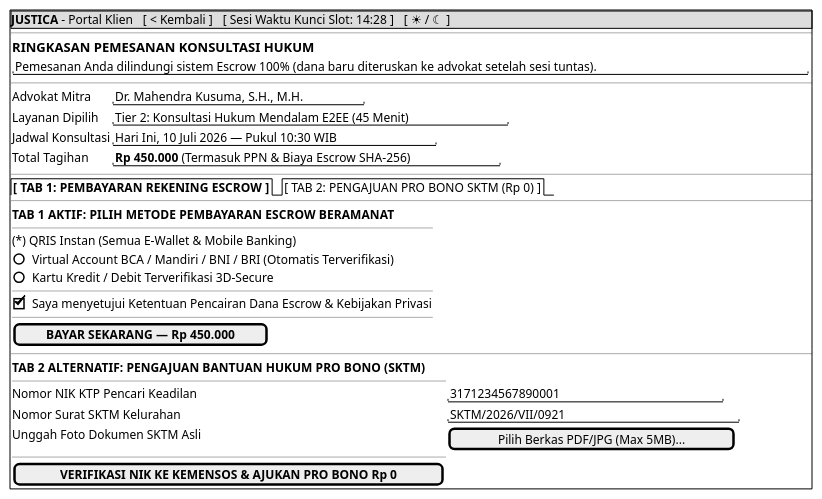
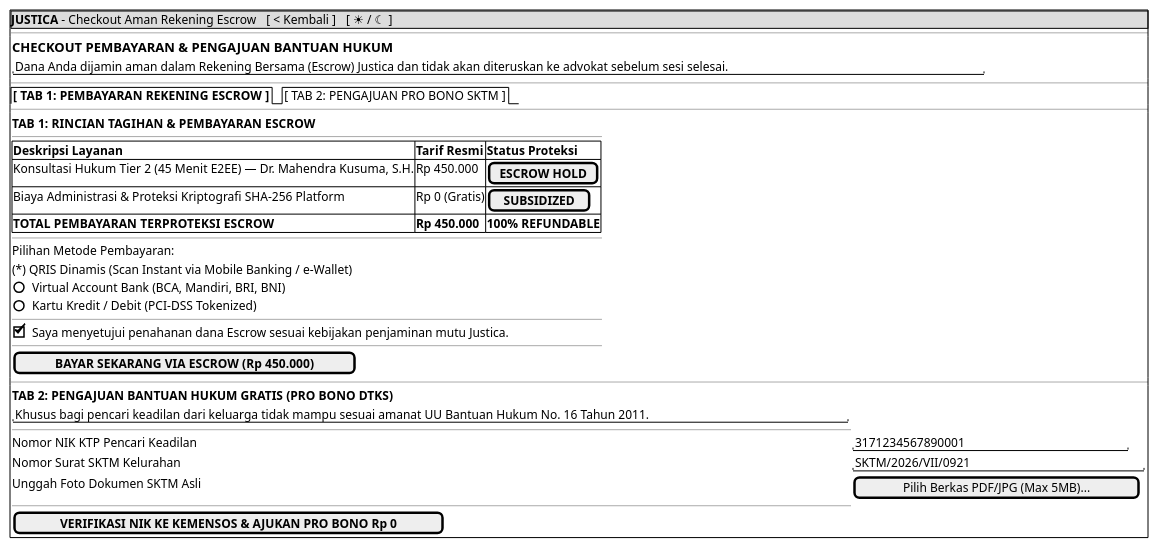
The diagram in JustifiqaMockups/mockup_ori/MOCK-J-CL-03_Checkout_Escrow_ProBono.md (tupperwureism/SuperApp-Gagal), drawn with PlantUML before and after one commit. The commit also changed other lines of this file and 11 other files, not shown here.

````diff
--- a/JustifiqaMockups/mockup_ori/MOCK-J-CL-03_Checkout_Escrow_ProBono.md
+++ b/JustifiqaMockups/mockup_ori/MOCK-J-CL-03_Checkout_Escrow_ProBono.md
@@ -17,43 +17,45 @@
 ```plantuml
 @startsalt
 {+
-  {* <b>JUSTICA</b> - Portal Klien | [ < Kembali ] | [ Sesi Waktu Kunci Slot: 14:28 ] | [ ☀ / ☾ ] }
+  {* <b>JUSTICA</b> - Checkout Aman Rekening Escrow | [ < Kembali ] | [ ☀ / ☾ ] }
   --
   {
-    === RINGKASAN PEMESANAN KONSULTASI HUKUM
-    "Pemesanan Anda dilindungi sistem Escrow 100% (dana baru diteruskan ke advokat setelah sesi tuntas)."
+    === CHECKOUT PEMBAYARAN & PENGAJUAN BANTUAN HUKUM
+    "Dana Anda dijamin aman dalam Rekening Bersama (Escrow) Justica dan tidak akan diteruskan ke advokat sebelum sesi selesai."
+  }
+  --
+  {/ <b>[ TAB 1: PEMBAYARAN REKENING ESCROW ]</b> | [ TAB 2: PENGAJUAN PRO BONO SKTM ] }
+  --
+  {
+    <b>TAB 1: RINCIAN TAGIHAN & PEMBAYARAN ESCROW</b>
+    --
+    {#
+      <b>Deskripsi Layanan</b> | <b>Tarif Resmi</b> | <b>Status Proteksi</b>
+      Konsultasi Hukum Tier 2 (45 Menit E2EE) — Dr. Mahendra Kusuma, S.H. | Rp 450.000 | [ <b>ESCROW HOLD</b> ]
+      Biaya Administrasi & Proteksi Kriptografi SHA-256 Platform       | Rp 0 (Gratis) | [ <b>SUBSIDIZED</b> ]
+      <b>TOTAL PEMBAYARAN TERPROTEKSI ESCROW</b>                          | <b>Rp 450.000</b> | <b>100% REFUNDABLE</b>
+    }
+    --
+    Pilihan Metode Pembayaran:
+    (*) QRIS Dinamis (Scan Instant via Mobile Banking / e-Wallet)
+    () Virtual Account Bank (BCA, Mandiri, BRI, BNI)
+    () Kartu Kredit / Debit (PCI-DSS Tokenized)
+    --
+    [X] Saya menyetujui penahanan dana Escrow sesuai kebijakan penjaminan mutu Justica.
+    --
+    [  <b>BAYAR SEKARANG VIA ESCROW (Rp 450.000)</b>  ]
   }
   --
   {
-    Advokat Mitra      | "Dr. Mahendra Kusuma, S.H., M.H."
-    Layanan Dipilih    | "Tier 2: Konsultasi Hukum Mendalam E2EE (45 Menit)"
-    Jadwal Konsultasi  | "Hari Ini, 10 Juli 2026 — Pukul 10:30 WIB"
-    Total Tagihan      | "<b>Rp 450.000</b> (Termasuk PPN & Biaya Escrow SHA-256)"
-  }
-  --
-  {/ <b>[ TAB 1: PEMBAYARAN REKENING ESCROW ]</b> | [ TAB 2: PENGAJUAN PRO BONO SKTM (Rp 0) ] }
-  --
-  {
-    <b>TAB 1 AKTIF: PILIH METODE PEMBAYARAN ESCROW BERAMANAT</b>
-    --
-    (*) QRIS Instan (Semua E-Wallet & Mobile Banking)
-    () Virtual Account BCA / Mandiri / BNI / BRI (Otomatis Terverifikasi)
-    () Kartu Kredit / Debit Terverifikasi 3D-Secure
-    --
-    [X] Saya menyetujui Ketentuan Pencairan Dana Escrow & Kebijakan Privasi
-    --
-    [  <b>BAYAR SEKARANG — Rp 450.000</b>  ]
-  }
-  --
-  {
-    <b>TAB 2 ALTERNATIF: PENGAJUAN BANTUAN HUKUM PRO BONO (SKTM)</b>
+    <b>TAB 2: PENGAJUAN BANTUAN HUKUM GRATIS (PRO BONO DTKS)</b>
+    "Khusus bagi pencari keadilan dari keluarga tidak mampu sesuai amanat UU Bantuan Hukum No. 16 Tahun 2011."
     --
     Nomor NIK KTP Pencari Keadilan | "3171234567890001                  "
     Nomor Surat SKTM Kelurahan     | "SKTM/2026/VII/0921                  "
     Unggah Foto Dokumen SKTM Asli  | [ Pilih Berkas PDF/JPG (Max 5MB)... ]
     --
     [  <b>VERIFIKASI NIK KE KEMENSOS & AJUKAN PRO BONO Rp 0</b>  ]
   }
 }
 @endsalt
 ```
````
